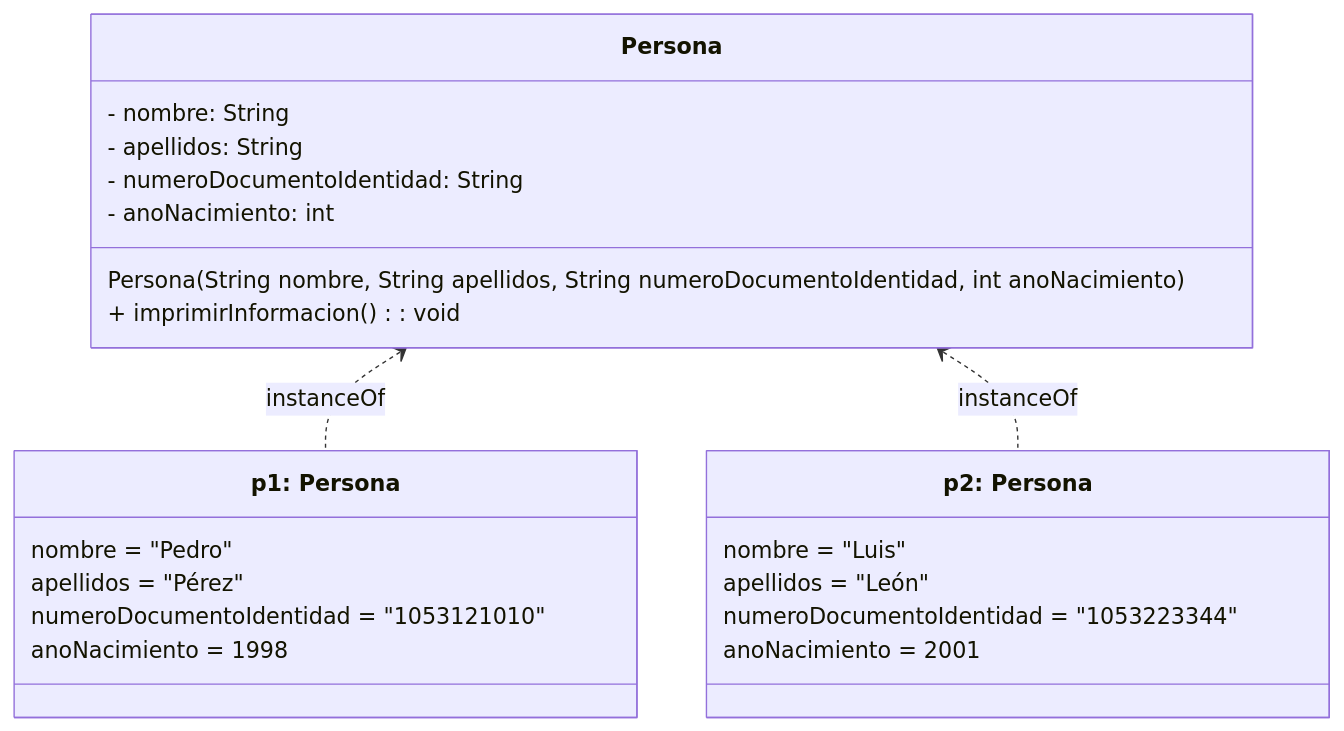
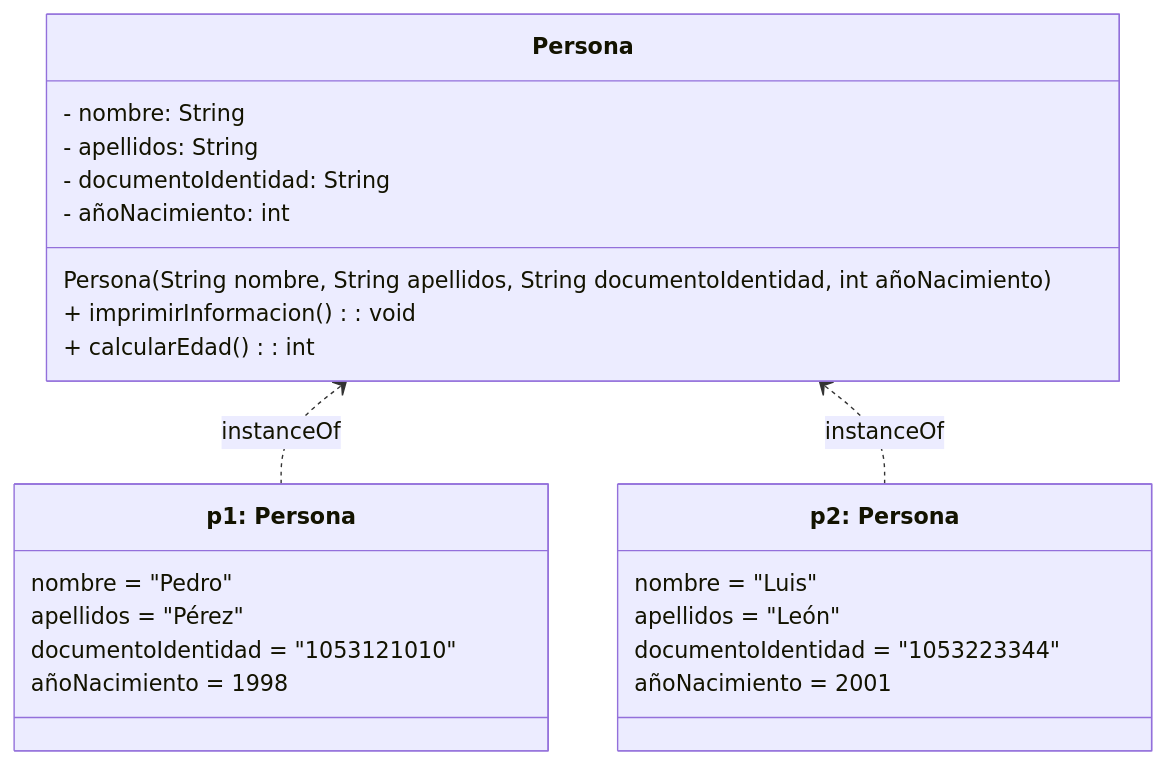
One commit to JeanRojas17/Ejercicio-Persona changed the diagram in README.md. Above: the diagram before and after it, drawn with Mermaid.

Commit message:
Actualización del README

````diff
--- a/README.md
+++ b/README.md
@@ -5,28 +5,29 @@
 ```mermaid
 classDiagram
     class Persona {
         - nombre: String
         - apellidos: String 
-        - numeroDocumentoIdentidad: String 
-        - anoNacimiento: int 
-        Persona(String nombre, String apellidos, String numeroDocumentoIdentidad, int anoNacimiento)
+        - documentoIdentidad: String 
+        - añoNacimiento: int 
+        Persona(String nombre, String apellidos, String documentoIdentidad, int añoNacimiento)
         + imprimirInformacion(): void
+        + calcularEdad(): int
     }
 
     class p1["p1: Persona"] {
         nombre = "Pedro"
         apellidos = "Pérez"
-        numeroDocumentoIdentidad = "1053121010"
-        anoNacimiento = 1998
+        documentoIdentidad = "1053121010"
+        añoNacimiento = 1998
     }
 
     class p2["p2: Persona"] {
         nombre = "Luis"
         apellidos = "León"
-        numeroDocumentoIdentidad = "1053223344"
-        anoNacimiento = 2001
+        documentoIdentidad = "1053223344"
+        añoNacimiento = 2001
     }
 
     Persona <.. p1 : instanceOf
     Persona <.. p2 : instanceOf
 ```
````
